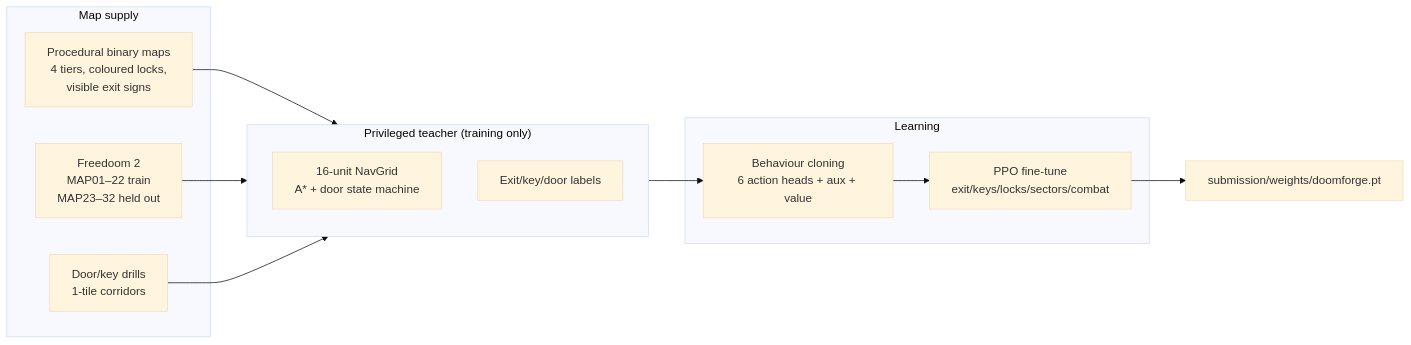
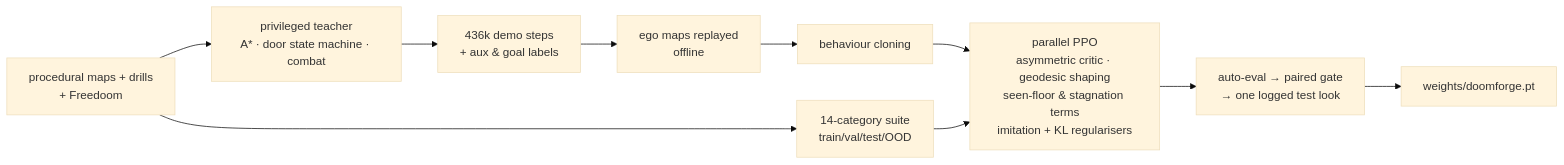
One commit to Science-wizard/DoomForge changed the second of 2 diagrams in README.md. Above: the diagram before and after it, drawn with Mermaid (base theme). The commit also changed other lines of this file and 44 other files, not shown here.

````diff
--- a/README.md
+++ b/README.md
@@ -186,25 +106,10 @@
 ```mermaid
 flowchart LR
-    subgraph MAPS["Map supply"]
-        GEN["Procedural binary maps<br/>4 tiers, coloured locks,<br/>visible exit signs"]
-        FD["Freedoom 2<br/>MAP01–22 train<br/>MAP23–32 held out"]
-        DR["Door/key drills<br/>1-tile corridors"]
-    end
-
-    subgraph TEACH["Privileged teacher (training only)"]
-        NAV["16-unit NavGrid<br/>A* + door state machine"]
-        LAB["Exit/key/door labels"]
-    end
-
-    subgraph LEARN["Learning"]
-        BC["Behaviour cloning<br/>6 action heads + aux + value"]
-        PPO["PPO fine-tune<br/>exit/keys/locks/sectors/combat"]
-    end
-
-    GEN --> TEACH
-    FD --> TEACH
-    DR --> TEACH
-    TEACH --> BC
-    BC --> PPO
-    PPO --> W["submission/weights/doomforge.pt"]
+    MAPS["procedural maps + drills<br/>+ Freedoom"] --> SUITE["14-category suite<br/>train/val/test/OOD"]
+    MAPS --> TEACH["privileged teacher<br/>A* · door state machine · combat"]
+    TEACH --> DEMOS["436k demo steps<br/>+ aux & goal labels"]
+    DEMOS --> EGO["ego maps replayed<br/>offline"] --> BC["behaviour cloning"]
+    BC --> PPO["parallel PPO<br/>asymmetric critic · geodesic shaping<br/>seen-floor & stagnation terms<br/>imitation + KL regularisers"]
+    SUITE --> PPO
+    PPO --> GATE["auto-eval → paired gate<br/>→ one logged test look"] --> W["weights/doomforge.pt"]
 ```
````
